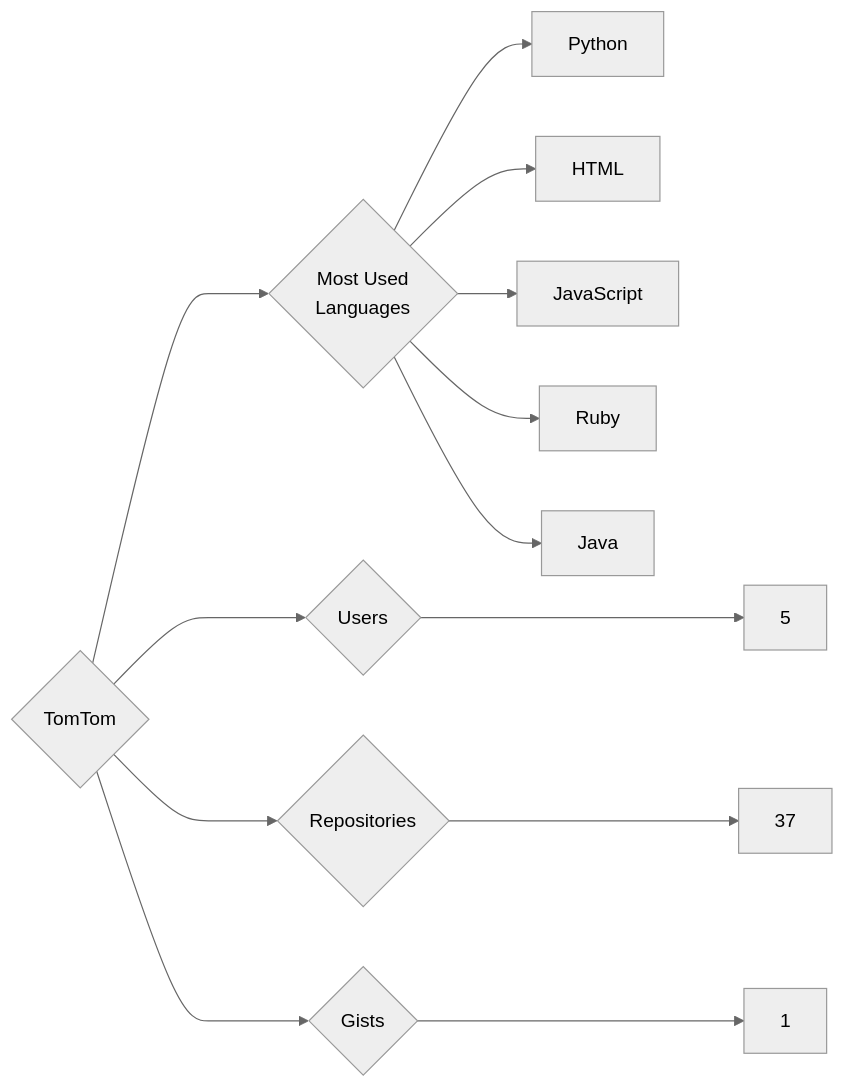
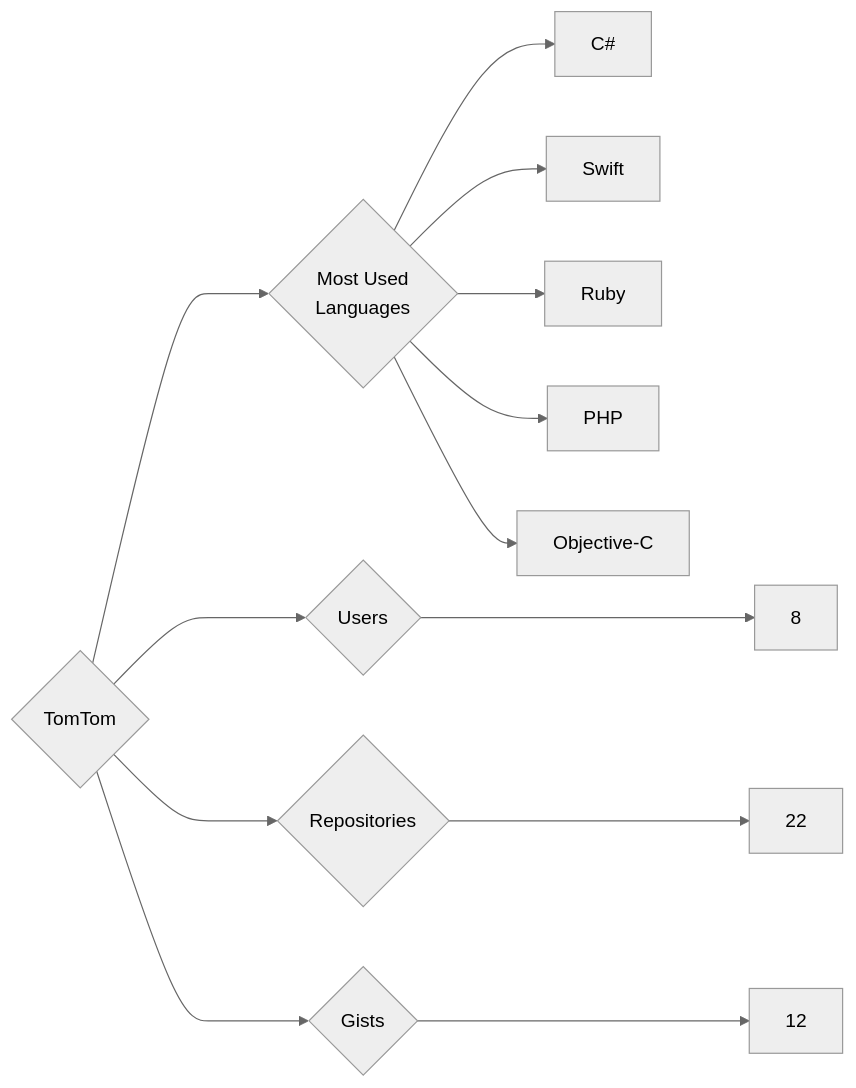
The diagram in targets/TomTom/README.md (trickest/insiders), drawn with Mermaid (neutral theme) before and after one commit. The commit also changed 1508 other files, not shown here.

````diff
--- a/targets/TomTom/README.md
+++ b/targets/TomTom/README.md
@@ -3,13 +3,13 @@
 ```mermaid
 graph LR
 COMPANY_NAME{TomTom}
-COMPANY_NAME ---> U{Users} ---> UN[5]
-COMPANY_NAME ---> R{Repositories} ---> RN[37]
-COMPANY_NAME ---> G{Gists} ---> GN[1]
+COMPANY_NAME ---> U{Users} ---> UN[8]
+COMPANY_NAME ---> R{Repositories} ---> RN[22]
+COMPANY_NAME ---> G{Gists} ---> GN[12]
 COMPANY_NAME ---> ML{Most Used<br>Languages}
-ML --> Python[Python]
-ML --> HTML[HTML]
-ML --> JavaScript[JavaScript]
+ML --> C#[C#]
+ML --> Swift[Swift]
 ML --> Ruby[Ruby]
-ML --> Java[Java]
+ML --> PHP[PHP]
+ML --> Objective-C[Objective-C]
 ```
````
